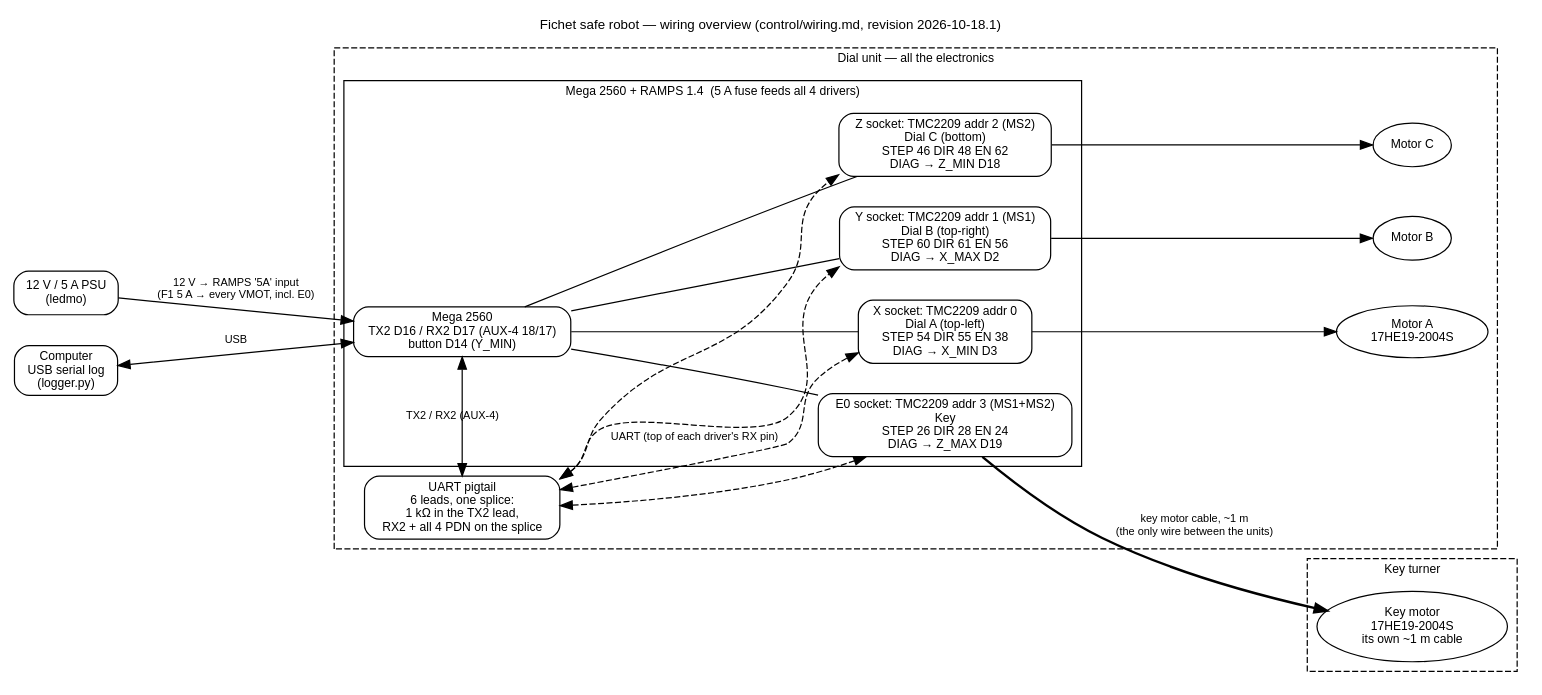
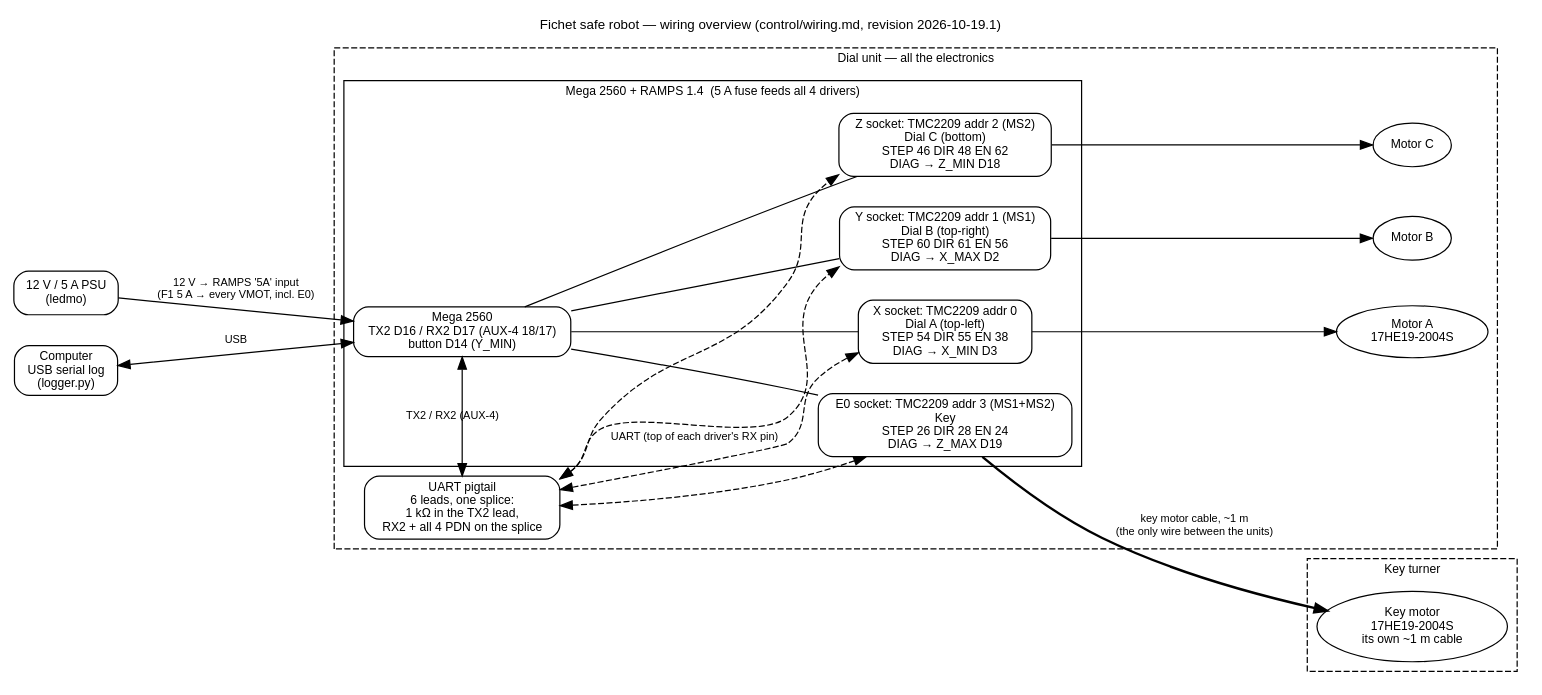
One commit to paulforrester/fichet-safe-robot changed the diagram in control/harness/overview.dot. Above: the diagram before and after it, drawn with Graphviz. The commit also changed 33 other files, not shown here.

```diff
--- a/control/harness/overview.dot
+++ b/control/harness/overview.dot
@@ -1,43 +1,43 @@
 // System overview for the Fichet safe robot wiring — see control/wiring.md.
 // Render: dot -Tsvg control/harness/overview.dot -o control/harness/overview.svg
 // Project revision 2026-10-08.2: all four drivers on the RAMPS (key in E0); UART pigtail replaces the hub board.
 digraph overview {
-  graph [rankdir=LR, fontname="Helvetica", fontsize=11, nodesep=0.35, ranksep=0.7, label="Fichet safe robot — wiring overview (control/wiring.md, revision 2026-10-18.1)", labelloc=t];
+  graph [rankdir=LR, fontname="Helvetica", fontsize=11, nodesep=0.35, ranksep=0.7, label="Fichet safe robot — wiring overview (control/wiring.md, revision 2026-10-19.1)", labelloc=t];
   node  [shape=box, style="rounded", fontname="Helvetica", fontsize=10];
   edge  [fontname="Helvetica", fontsize=9];
 
   psu  [label="12 V / 5 A PSU\n(ledmo)"];
   usb  [label="Computer\nUSB serial log\n(logger.py)"];
 
   subgraph cluster_dial {
     label="Dial unit — all the electronics"; style=dashed; fontsize=10;
     uart [label="UART pigtail\n6 leads, one splice:\n1 kΩ in the TX2 lead,\nRX2 + all 4 PDN on the splice"];
     subgraph cluster_ramps {
       label="Mega 2560 + RAMPS 1.4  (5 A fuse feeds all 4 drivers)"; style=solid; fontsize=10;
       mega [label="Mega 2560\nTX2 D16 / RX2 D17 (AUX-4 18/17)\nbutton D14 (Y_MIN)"];
       x    [label="X socket: TMC2209 addr 0\nDial A (top-left)\nSTEP 54 DIR 55 EN 38\nDIAG → X_MIN D3"];
       y    [label="Y socket: TMC2209 addr 1 (MS1)\nDial B (top-right)\nSTEP 60 DIR 61 EN 56\nDIAG → X_MAX D2"];
       z    [label="Z socket: TMC2209 addr 2 (MS2)\nDial C (bottom)\nSTEP 46 DIR 48 EN 62\nDIAG → Z_MIN D18"];
       e0   [label="E0 socket: TMC2209 addr 3 (MS1+MS2)\nKey\nSTEP 26 DIR 28 EN 24\nDIAG → Z_MAX D19"];
     }
     ma [label="Motor A\n17HE19-2004S", shape=ellipse];
     mb [label="Motor B", shape=ellipse];
     mc [label="Motor C", shape=ellipse];
   }
 
   subgraph cluster_key {
     label="Key turner"; style=dashed; fontsize=10;
     mk  [label="Key motor\n17HE19-2004S\nits own ~1 m cable", shape=ellipse];
   }
 
   psu -> mega [label="12 V → RAMPS '5A' input\n(F1 5 A → every VMOT, incl. E0)"];
   usb -> mega [dir=both, label="USB"];
   mega -> x [arrowhead=none]; mega -> y [arrowhead=none]; mega -> z [arrowhead=none]; mega -> e0 [arrowhead=none];
   x -> ma; y -> mb; z -> mc;
   e0 -> mk [penwidth=2, label="key motor cable, ~1 m\n(the only wire between the units)"];
   uart -> x [dir=both, style=dashed, label="UART (top of each driver's RX pin)"];
   uart -> y [dir=both, style=dashed];
   uart -> z [dir=both, style=dashed];
   uart -> e0 [dir=both, style=dashed];
   mega -> uart [dir=both, label="TX2 / RX2 (AUX-4)"];
 }
```
